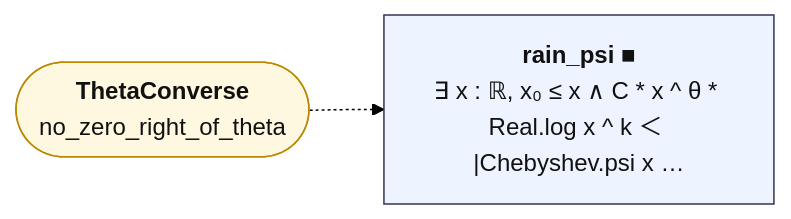
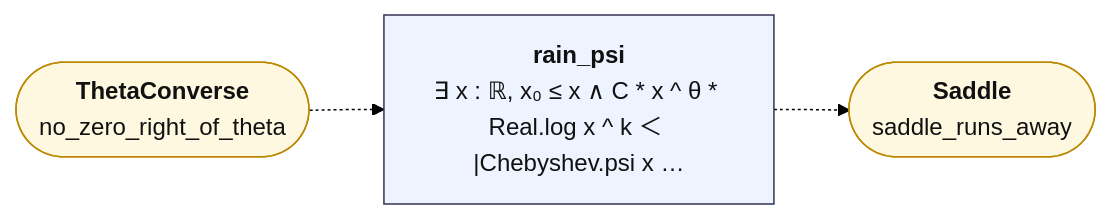
One commit to juliansambranojr/Primebeat_081426 changed the diagram in map/lean_stage3/RateBelow.mmd. Above: the diagram before and after it, drawn with Mermaid (forest theme). The commit also changed 38 other files, not shown here.

First line of the commit message:
Block J7: stretch and fold; a zero off the line is a saddle and the staircase runs away (unit 0495)

```diff
--- a/map/lean_stage3/RateBelow.mmd
+++ b/map/lean_stage3/RateBelow.mmd
@@ -1,12 +1,14 @@
 flowchart LR
-  n0["<b>rain_psi ■</b><br/>∃ x : ℝ, x₀ ≤ x ∧ C * x ^ θ * Real.log x ^ k ＜ |Chebyshev.psi x …"]:::thm
+  n0["<b>rain_psi</b><br/>∃ x : ℝ, x₀ ≤ x ∧ C * x ^ θ * Real.log x ^ k ＜ |Chebyshev.psi x …"]:::thm
   x0(["<b>ThetaConverse</b><br/>no_zero_right_of_theta"]):::ext
+  x1(["<b>Saddle</b><br/>saddle_runs_away"]):::ext
+  n0 -.-> x1
   x0 -.-> n0
   classDef cnt fill:#dff5ec,stroke:#17694a,color:#111
   classDef shp fill:#f1ecfb,stroke:#5b3fa0,color:#111
   classDef rh fill:#ffe5e5,stroke:#c22,color:#111,stroke-width:2px
   classDef thm fill:#eef4ff,stroke:#335,color:#111
   classDef end_ fill:#e7f7e7,stroke:#2a7,color:#111,stroke-width:2px
   classDef lone fill:#fff,stroke:#999,color:#111,stroke-dasharray:4 3
   classDef bad fill:#ffe5e5,stroke:#c22,color:#111,stroke-width:2px
   classDef ext fill:#fff8e1,stroke:#b80,color:#111
```
